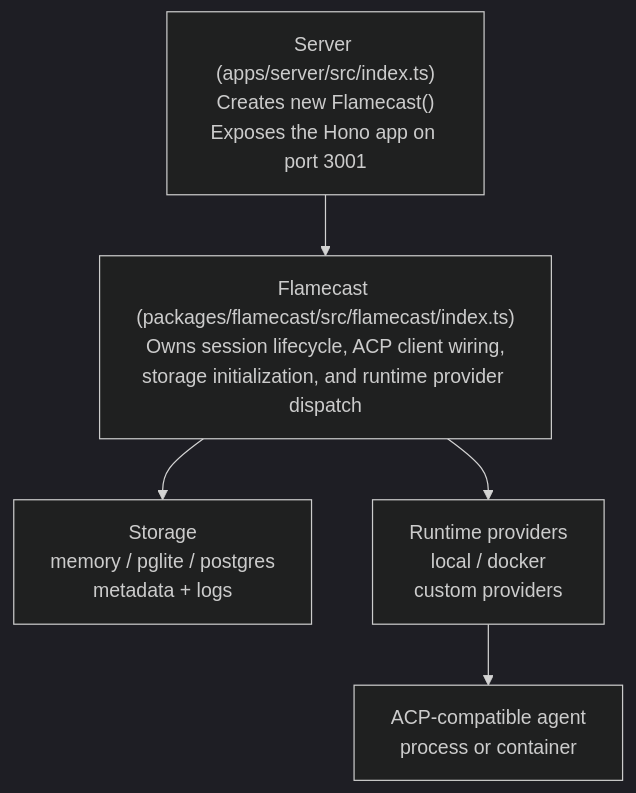
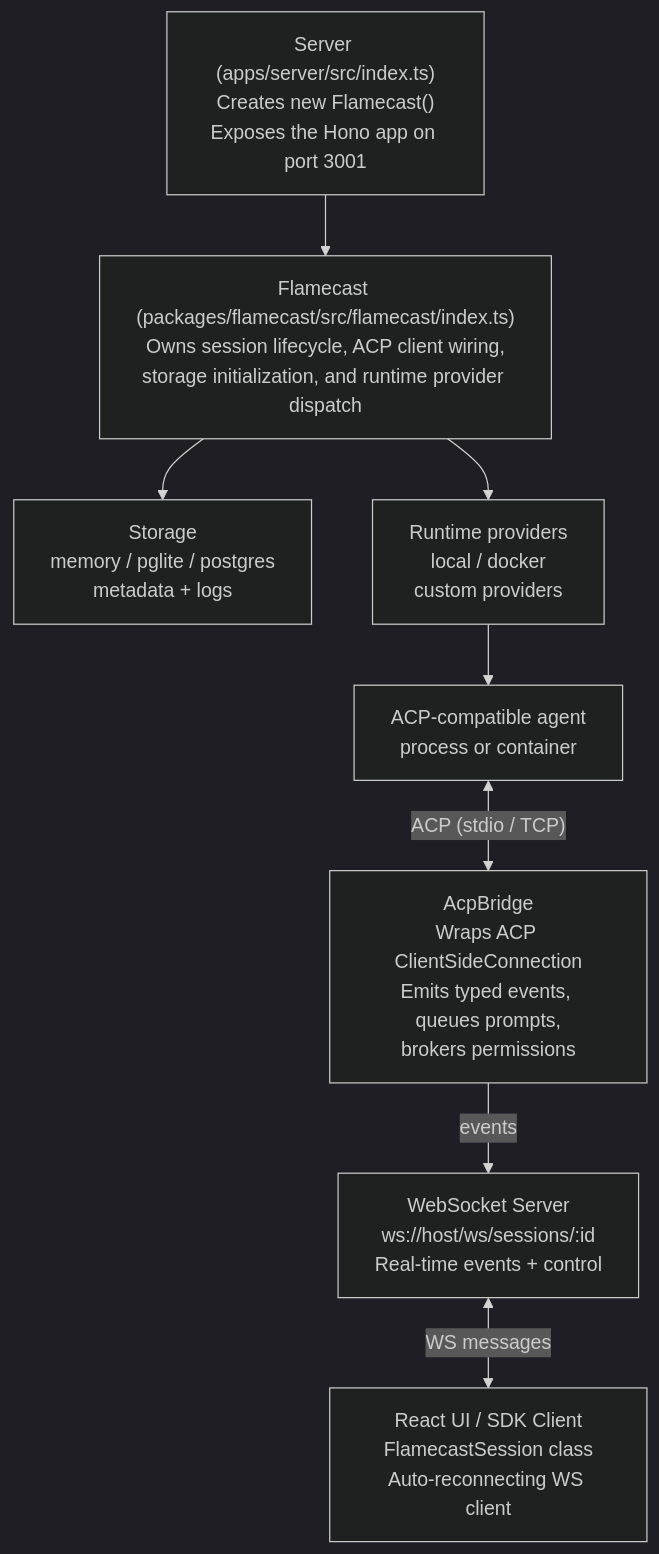
One commit to gurdasnijor/flamecast changed the first of 2 diagrams in README.md. Above: the diagram before and after it, drawn with Mermaid (dark theme). The commit also changed other lines of this file, not shown here.

First line of the commit message:
Update README to reflect WebSocket + bridge architecture (#57)

````diff
--- a/README.md
+++ b/README.md
@@ -35,13 +37,19 @@
 ```mermaid
 graph TD
     A["Server (apps/server/src/index.ts)<br/>Creates new Flamecast()<br/>Exposes the Hono app on port 3001"]
     B["Flamecast (packages/flamecast/src/flamecast/index.ts)<br/>Owns session lifecycle, ACP client wiring,<br/>storage initialization, and runtime provider dispatch"]
     C["Storage<br/>memory / pglite / postgres<br/>metadata + logs"]
     D["Runtime providers<br/>local / docker<br/>custom providers"]
     E["ACP-compatible agent<br/>process or container"]
+    F["AcpBridge<br/>Wraps ACP ClientSideConnection<br/>Emits typed events, queues prompts,<br/>brokers permissions"]
+    G["WebSocket Server<br/>ws://host/ws/sessions/:id<br/>Real-time events + control"]
+    H["React UI / SDK Client<br/>FlamecastSession class<br/>Auto-reconnecting WS client"]
 
     A --> B
     B --> C
     B --> D
     D --> E
+    E <-->|"ACP (stdio / TCP)"| F
+    F -->|"events"| G
+    G <-->|"WS messages"| H
 ```
````
